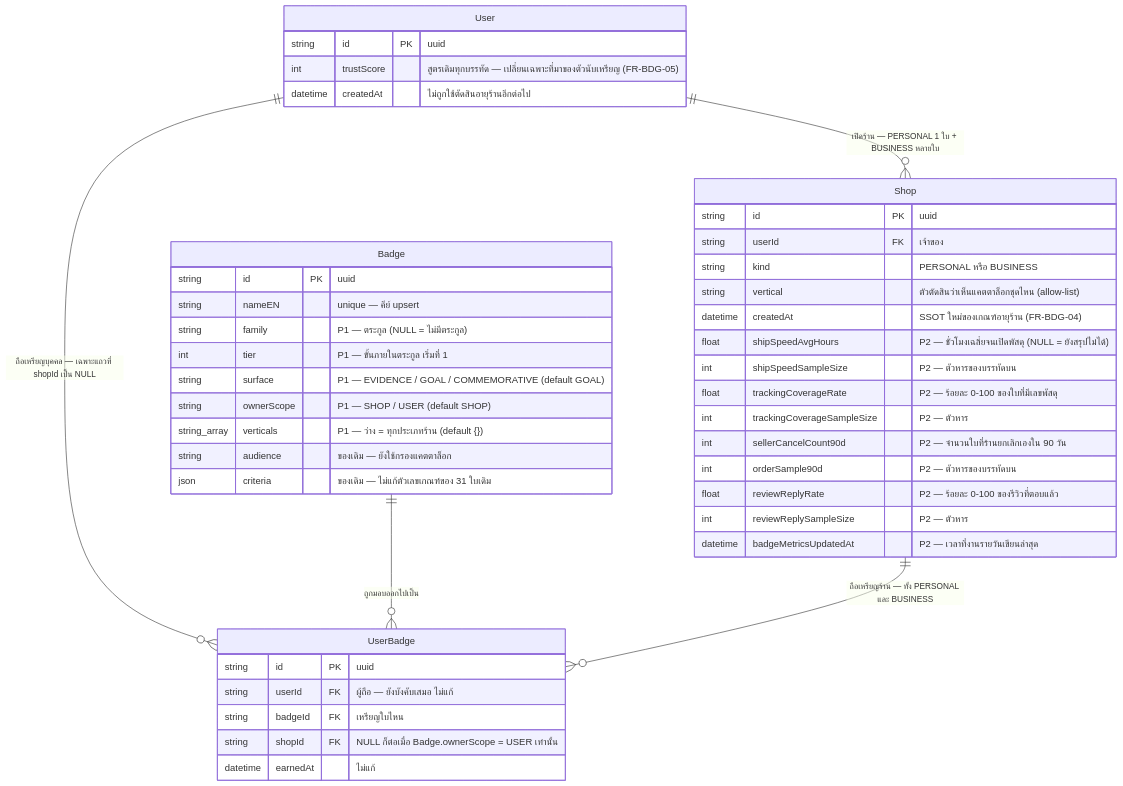
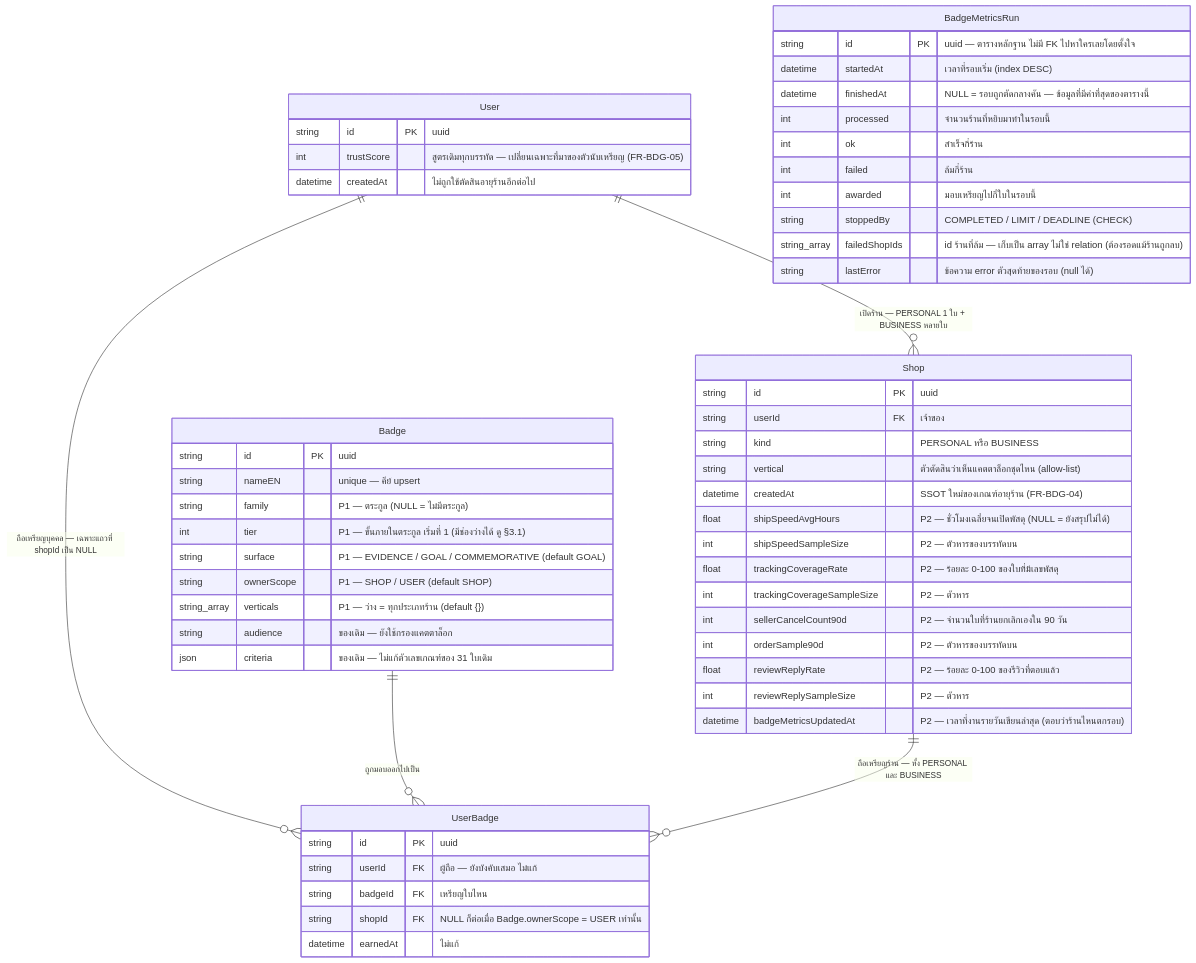
The second of 2 diagrams in docs/20 - Features/00052 - Badge & Achievement v2/DATABASE.md (CodeCooLTH/deep-web), drawn with Mermaid before and after one commit. The commit also changed other lines of this file and 1 other file, not shown here.

````diff
--- a/docs/20 - Features/00052 - Badge & Achievement v2/DATABASE.md
+++ b/docs/20 - Features/00052 - Badge & Achievement v2/DATABASE.md
@@ -93,47 +94,59 @@
 ```mermaid
 erDiagram
     User ||--o{ Shop : "เปิดร้าน — PERSONAL 1 ใบ + BUSINESS หลายใบ"
     User ||--o{ UserBadge : "ถือเหรียญบุคคล — เฉพาะแถวที่ shopId เป็น NULL"
     Badge ||--o{ UserBadge : "ถูกมอบออกไปเป็น"
     Shop ||--o{ UserBadge : "ถือเหรียญร้าน — ทั้ง PERSONAL และ BUSINESS"
 
     User {
         string id PK "uuid"
         int trustScore "สูตรเดิมทุกบรรทัด — เปลี่ยนเฉพาะที่มาของตัวนับเหรียญ (FR-BDG-05)"
         datetime createdAt "ไม่ถูกใช้ตัดสินอายุร้านอีกต่อไป"
     }
     Shop {
         string id PK "uuid"
         string userId FK "เจ้าของ"
         string kind "PERSONAL หรือ BUSINESS"
         string vertical "ตัวตัดสินว่าเห็นแคตตาล็อกชุดไหน (allow-list)"
         datetime createdAt "SSOT ใหม่ของเกณฑ์อายุร้าน (FR-BDG-04)"
         float shipSpeedAvgHours "P2 — ชั่วโมงเฉลี่ยจนเปิดพัสดุ (NULL = ยังสรุปไม่ได้)"
         int shipSpeedSampleSize "P2 — ตัวหารของบรรทัดบน"
         float trackingCoverageRate "P2 — ร้อยละ 0-100 ของใบที่มีเลขพัสดุ"
         int trackingCoverageSampleSize "P2 — ตัวหาร"
         int sellerCancelCount90d "P2 — จำนวนใบที่ร้านยกเลิกเองใน 90 วัน"
         int orderSample90d "P2 — ตัวหารของบรรทัดบน"
         float reviewReplyRate "P2 — ร้อยละ 0-100 ของรีวิวที่ตอบแล้ว"
         int reviewReplySampleSize "P2 — ตัวหาร"
-        datetime badgeMetricsUpdatedAt "P2 — เวลาที่งานรายวันเขียนล่าสุด"
+        datetime badgeMetricsUpdatedAt "P2 — เวลาที่งานรายวันเขียนล่าสุด (ตอบว่าร้านไหนตกรอบ)"
     }
     Badge {
         string id PK "uuid"
         string nameEN "unique — คีย์ upsert"
         string family "P1 — ตระกูล (NULL = ไม่มีตระกูล)"
-        int tier "P1 — ขั้นภายในตระกูล เริ่มที่ 1"
+        int tier "P1 — ขั้นภายในตระกูล เริ่มที่ 1 (มีช่องว่างได้ ดู §3.1)"
         string surface "P1 — EVIDENCE / GOAL / COMMEMORATIVE (default GOAL)"
         string ownerScope "P1 — SHOP / USER (default SHOP)"
         string_array verticals "P1 — ว่าง = ทุกประเภทร้าน (default {})"
         string audience "ของเดิม — ยังใช้กรองแคตตาล็อก"
         json criteria "ของเดิม — ไม่แก้ตัวเลขเกณฑ์ของ 31 ใบเดิม"
     }
     UserBadge {
         string id PK "uuid"
         string userId FK "ผู้ถือ — ยังบังคับเสมอ ไม่แก้"
         string badgeId FK "เหรียญใบไหน"
         string shopId FK "NULL ก็ต่อเมื่อ Badge.ownerScope = USER เท่านั้น"
         datetime earnedAt "ไม่แก้"
     }
+    BadgeMetricsRun {
+        string id PK "uuid — ตารางหลักฐาน ไม่มี FK ไปหาใครเลยโดยตั้งใจ"
+        datetime startedAt "เวลาที่รอบเริ่ม (index DESC)"
+        datetime finishedAt "NULL = รอบถูกตัดกลางคัน — ข้อมูลที่มีค่าที่สุดของตารางนี้"
+        int processed "จำนวนร้านที่หยิบมาทำในรอบนี้"
+        int ok "สำเร็จกี่ร้าน"
+        int failed "ล้มกี่ร้าน"
+        int awarded "มอบเหรียญไปกี่ใบในรอบนี้"
+        string stoppedBy "COMPLETED / LIMIT / DEADLINE (CHECK)"
+        string_array failedShopIds "id ร้านที่ล้ม — เก็บเป็น array ไม่ใช่ relation (ต้องรอดแม้ร้านถูกลบ)"
+        string lastError "ข้อความ error ตัวสุดท้ายของรอบ (null ได้)"
+    }
 ```
````
